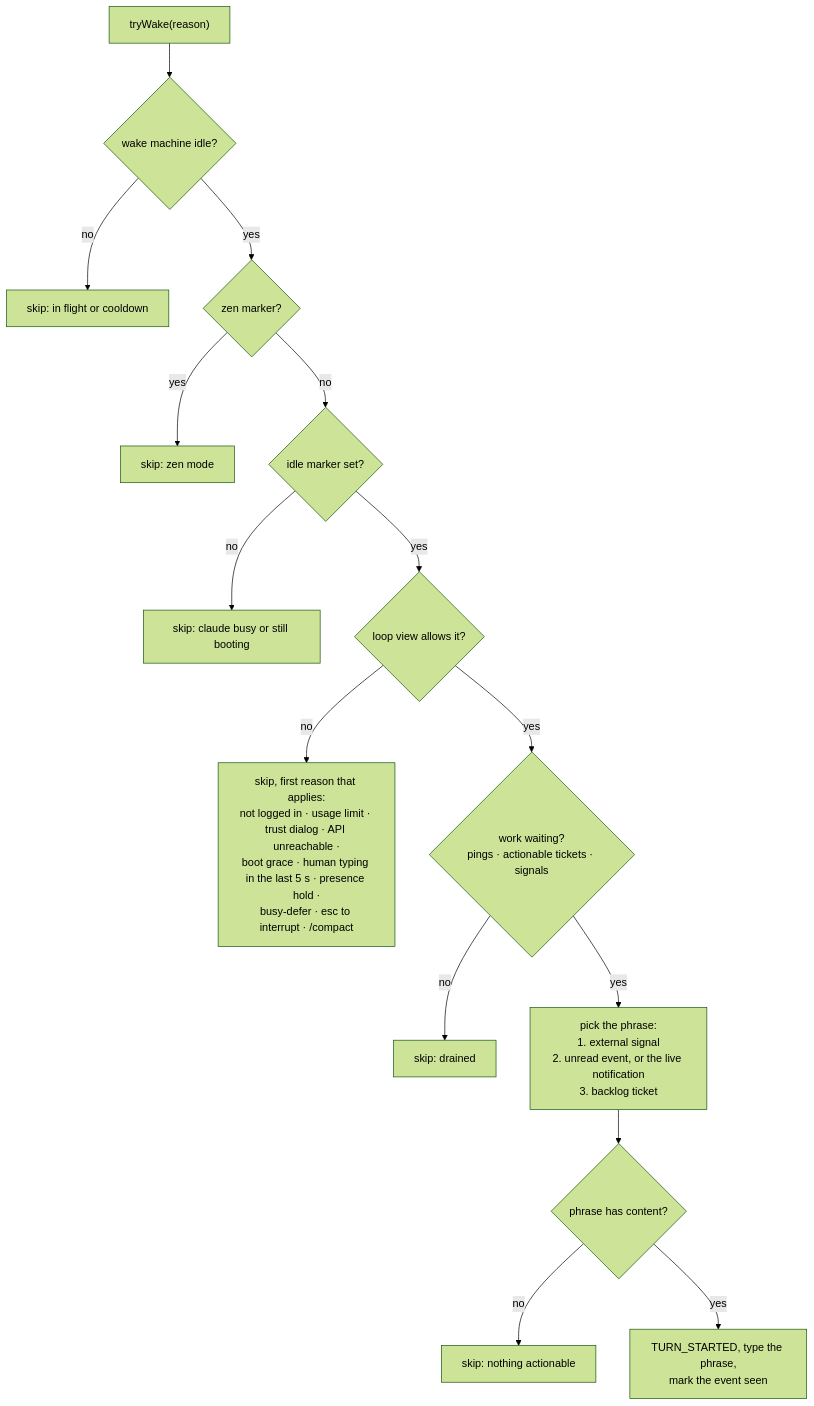
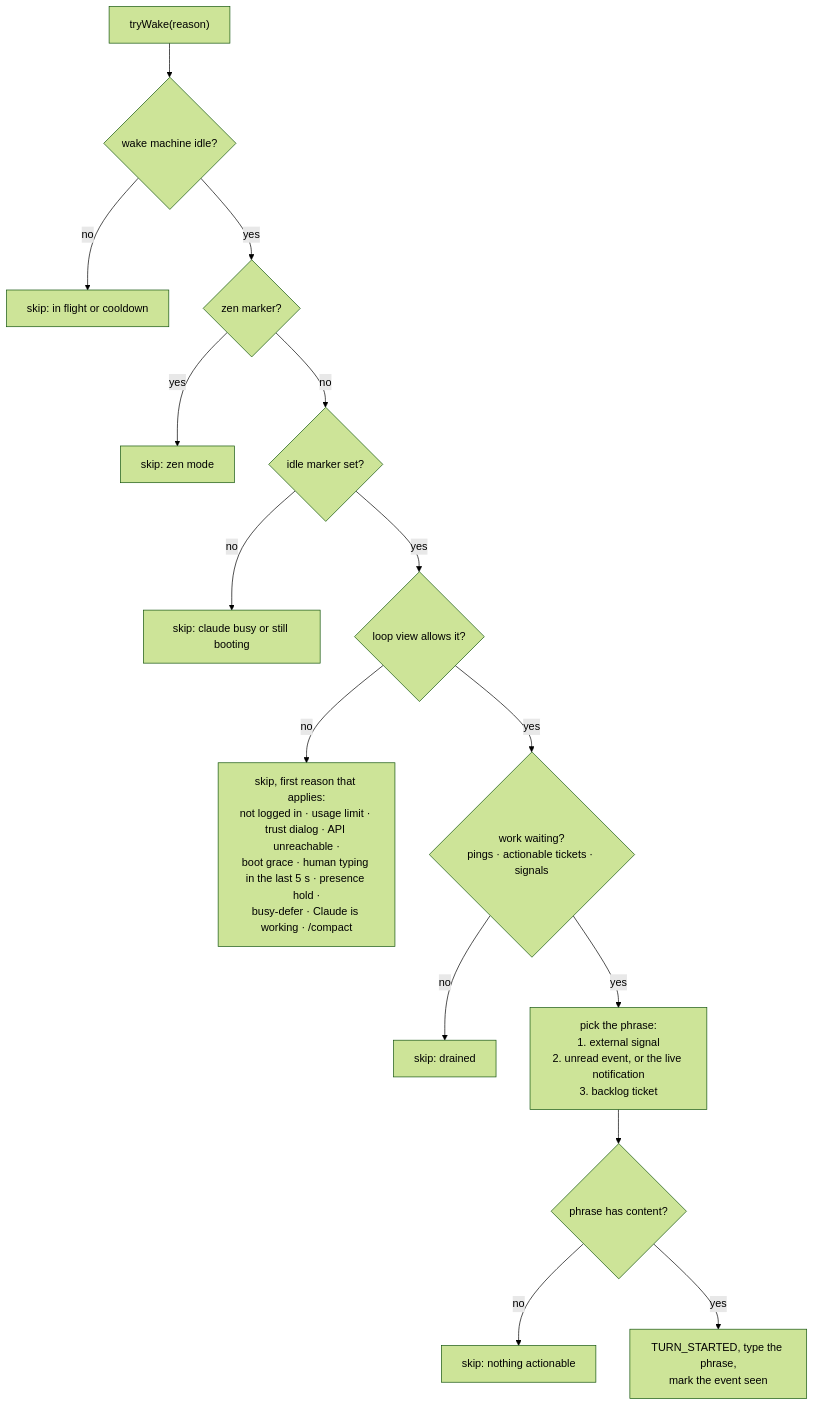
Before and after one commit to quazardous/aiball: the fourth of 4 diagrams in docs/CLAUDE-LOOP.md, drawn with Mermaid (forest theme). The commit also changed other lines of this file and 17 other files, not shown here.

Commit message:
fix(loop): the kernel reloads on moved source only between turns, and loop.log says which signs of work hold busy; the wake skip names them, the session host counts OSC 7501, 2.1.312 fixtures (#4437)

````diff
--- a/docs/CLAUDE-LOOP.md
+++ b/docs/CLAUDE-LOOP.md
@@ -350,17 +353,17 @@
 ```mermaid
 flowchart TD
     A["tryWake(reason)"] --> B{"wake machine idle?"}
     B -- no --> S0["skip: in flight or cooldown"]
     B -- yes --> C{"zen marker?"}
     C -- yes --> S1["skip: zen mode"]
     C -- no --> D{"idle marker set?"}
     D -- no --> S2["skip: claude busy or still booting"]
     D -- yes --> E{"loop view allows it?"}
-    E -- no --> S3["skip, first reason that applies:<br/>not logged in · usage limit · trust dialog · API unreachable ·<br/>boot grace · human typing in the last 5 s · presence hold ·<br/>busy-defer · esc to interrupt · /compact"]
+    E -- no --> S3["skip, first reason that applies:<br/>not logged in · usage limit · trust dialog · API unreachable ·<br/>boot grace · human typing in the last 5 s · presence hold ·<br/>busy-defer · Claude is working · /compact"]
     E -- yes --> F{"work waiting?<br/>pings · actionable tickets · signals"}
     F -- no --> S4["skip: drained"]
     F -- yes --> G["pick the phrase:<br/>1. external signal<br/>2. unread event, or the live notification<br/>3. backlog ticket"]
     G --> H{"phrase has content?"}
     H -- no --> S5["skip: nothing actionable"]
     H -- yes --> I["TURN_STARTED, type the phrase,<br/>mark the event seen"]
 ```
````
